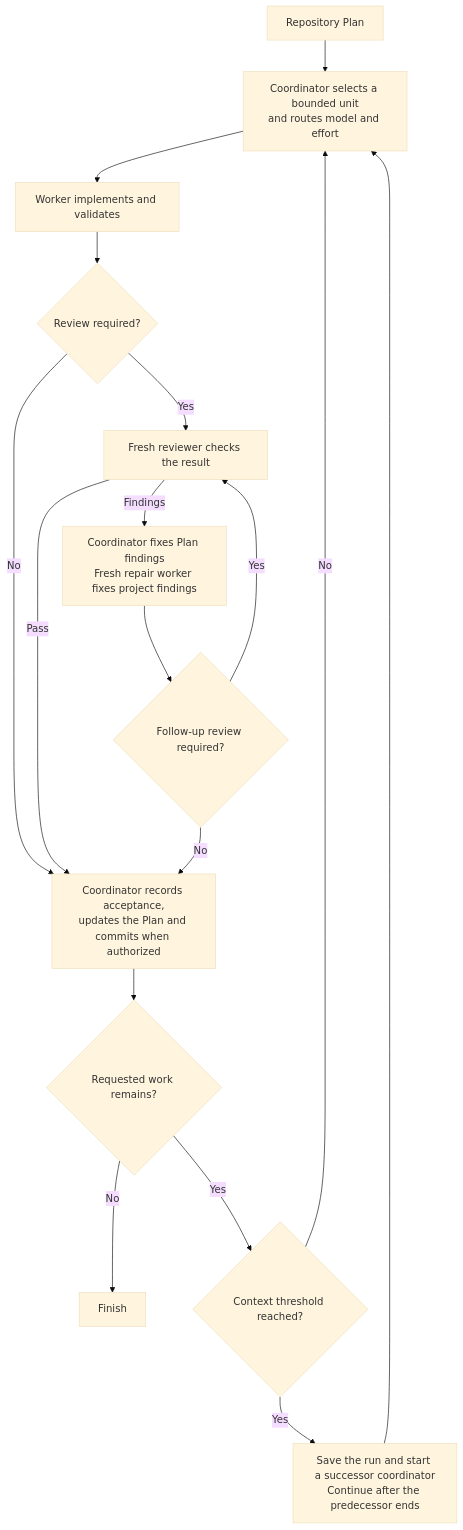
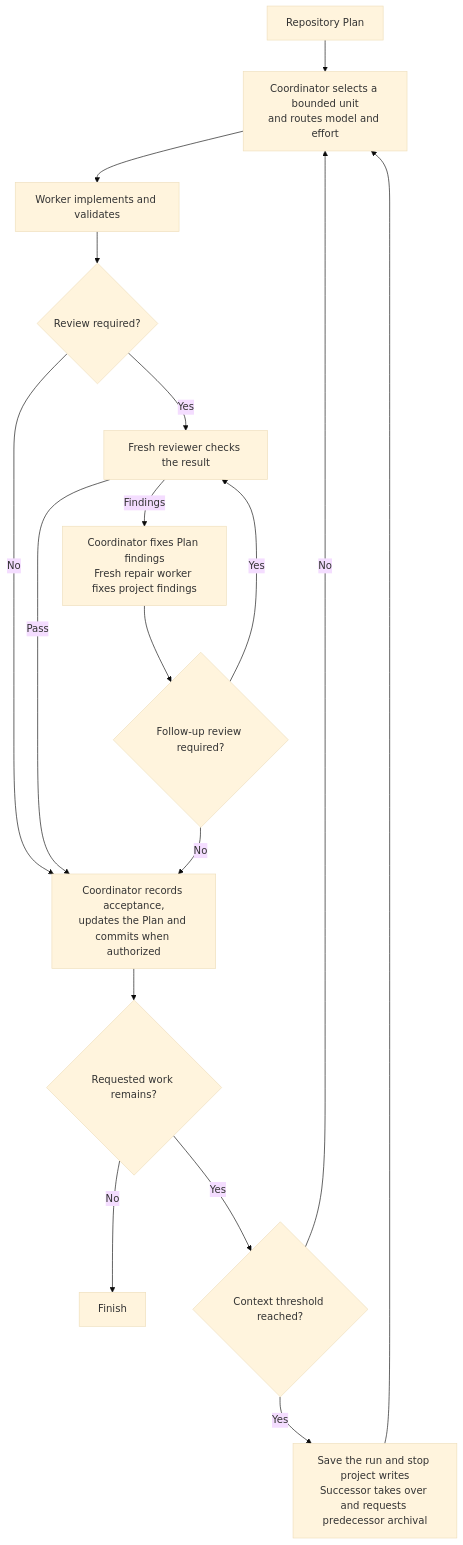
The diagram in README.md (benjaminstelzer/scoville-suite-for-codex), drawn with Mermaid (base theme) before and after one commit. The commit also changed other lines of this file and 88 other files, not shown here.

````diff
--- a/README.md
+++ b/README.md
@@ -48,19 +49,19 @@
 ```mermaid
 flowchart TD
     P["Repository Plan"] --> C["Coordinator selects a bounded unit<br/>and routes model and effort"]
     C --> W["Worker implements and validates"]
     W --> G{"Review required?"}
     G -->|Yes| R["Fresh reviewer checks the result"]
     G -->|No| A["Coordinator records acceptance,<br/>updates the Plan and commits when authorized"]
     R -->|Pass| A
     R -->|Findings| F["Coordinator fixes Plan findings<br/>Fresh repair worker fixes project findings"]
     F --> Q{"Follow-up review required?"}
     Q -->|Yes| R
     Q -->|No| A
     A --> N{"Requested work remains?"}
     N -->|No| D["Finish"]
     N -->|Yes| T{"Context threshold reached?"}
     T -->|No| C
-    T -->|Yes| H["Save the run and start a successor coordinator<br/>Continue after the predecessor ends"]
+    T -->|Yes| H["Save the run and stop project writes<br/>Successor takes over and requests predecessor archival"]
     H --> C
 ```
````
